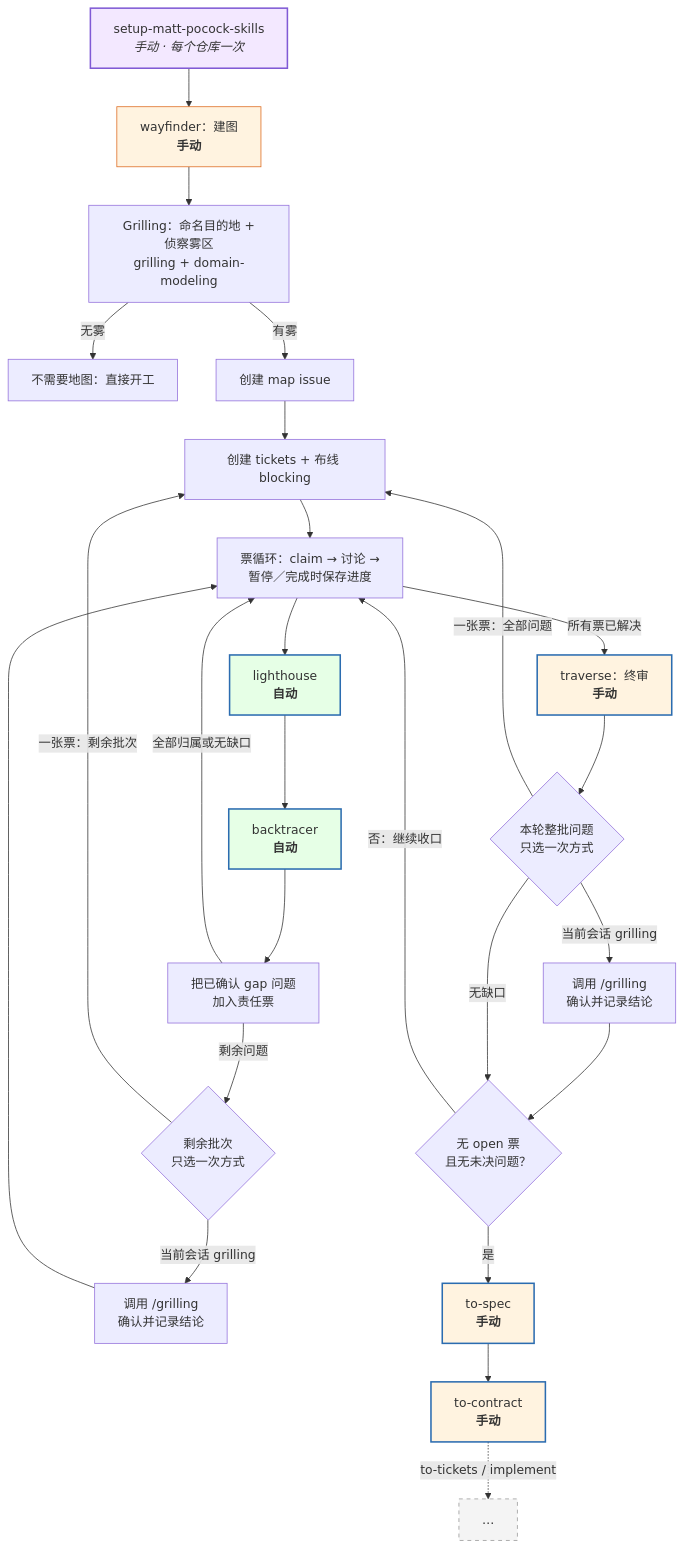
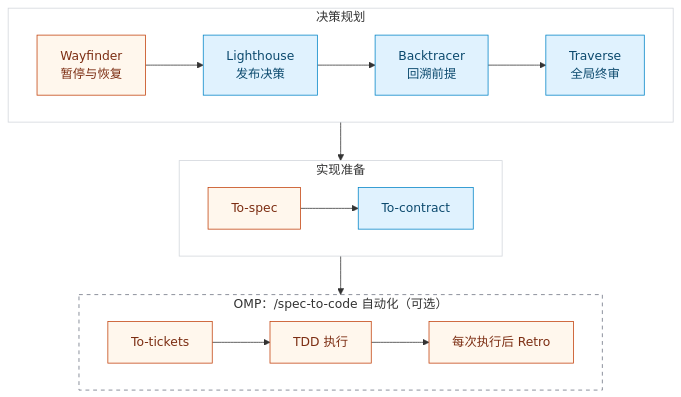
One commit to hugosol/oh-my-wayfinder changed the second of 2 diagrams in README.cn.md. Above: the diagram before and after it, drawn with Mermaid. The commit also changed other lines of this file and 8 other files, not shown here.

````diff
--- a/README.cn.md
+++ b/README.cn.md
@@ -65,36 +47,26 @@
 ```mermaid
-flowchart TD
-    S["setup-matt-pocock-skills<br/><i>手动 · 每个仓库一次</i>"] --> W["wayfinder：建图<br/><b>手动</b>"]
-    W --> G["Grilling：命名目的地 +<br/>侦察雾区<br/>grilling + domain-modeling"]
-    G -->|"无雾"| N["不需要地图：直接开工"]
-    G -->|"有雾"| M["创建 map issue"]
-    M --> T["创建 tickets + 布线 blocking"]
-    T --> L["票循环：claim → 讨论 →<br/>暂停／完成时保存进度"]
-    L --> LH["lighthouse<br/><b>自动</b>"]
-    LH --> BT["backtracer<br/><b>自动</b>"]
-    BT --> OWN["把已确认 gap 问题<br/>加入责任票"]
-    OWN -->|"剩余问题"| CG{"剩余批次<br/>只选一次方式"}
-    OWN -->|"全部归属或无缺口"| L
-    CG -->|"一张票：剩余批次"| T
-    CG -->|"当前会话 grilling"| BG["调用 /grilling<br/>确认并记录结论"]
-    BG --> L
-    L -->|"所有票已解决"| TR["traverse：终审<br/><b>手动</b>"]
-    TR --> CG2{"本轮整批问题<br/>只选一次方式"}
-    CG2 -->|"一张票：全部问题"| T
-    CG2 -->|"当前会话 grilling"| TG["调用 /grilling<br/>确认并记录结论"]
-    TG --> R{"无 open 票<br/>且无未决问题？"}
-    R -->|"是"| TS["to-spec<br/><b>手动</b>"]
-    R -->|"否：继续收口"| L
-    CG2 -->|"无缺口"| R
-    TS --> TC["to-contract<br/><b>手动</b>"]
-    TC -.->|"to-tickets / implement"| X["…"]
-
-    style LH fill:#e6ffe6,stroke:#2b6cb0,stroke-width:2px
-    style BT fill:#e6ffe6,stroke:#2b6cb0,stroke-width:2px
-    style TR fill:#fff3e0,stroke:#2b6cb0,stroke-width:2px
-    style W fill:#fff3e0,stroke:#dd6b20
-    style S fill:#f3e8ff,stroke:#805ad5,stroke-width:2px
-    style TS fill:#fff3e0,stroke:#2b6cb0,stroke-width:2px
-    style TC fill:#fff3e0,stroke:#2b6cb0,stroke-width:2px
-    style X fill:#f4f4f4,stroke:#999,stroke-dasharray:5 5
+flowchart TB
+    subgraph PLAN["决策规划"]
+        direction LR
+        W["Wayfinder<br/>暂停与恢复"] --> L["Lighthouse<br/>发布决策"]
+        L --> B["Backtracer<br/>回溯前提"]
+        B --> V["Traverse<br/>全局终审"]
+    end
+    subgraph PREP["实现准备"]
+        direction LR
+        S["To-spec"] --> C["To-contract"]
+    end
+    subgraph OMP["OMP：/spec-to-code 自动化（可选）"]
+        direction LR
+        T["To-tickets"] --> I["TDD 执行"]
+        I --> R["每次执行后 Retro"]
+    end
+    PLAN --> PREP --> OMP
+    classDef added fill:#e0f2fe,stroke:#0284c7,color:#0c4a6e;
+    classDef changed fill:#fff7ed,stroke:#c2410c,color:#7c2d12;
+    class V,L,B,C added;
+    class W,S,T,I,R changed;
+    style PLAN fill:none,stroke:#d1d5db
+    style PREP fill:none,stroke:#d1d5db
+    style OMP fill:none,stroke:#6b7280,stroke-dasharray:5 5
 ```
````
